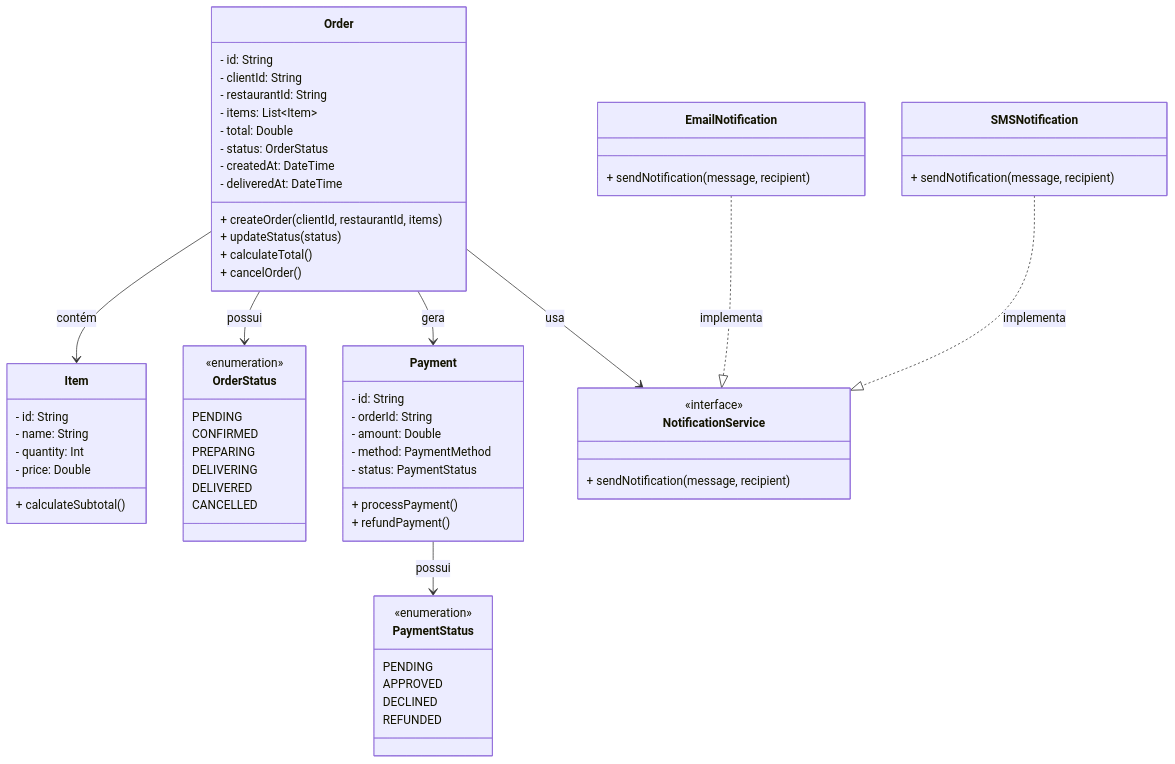
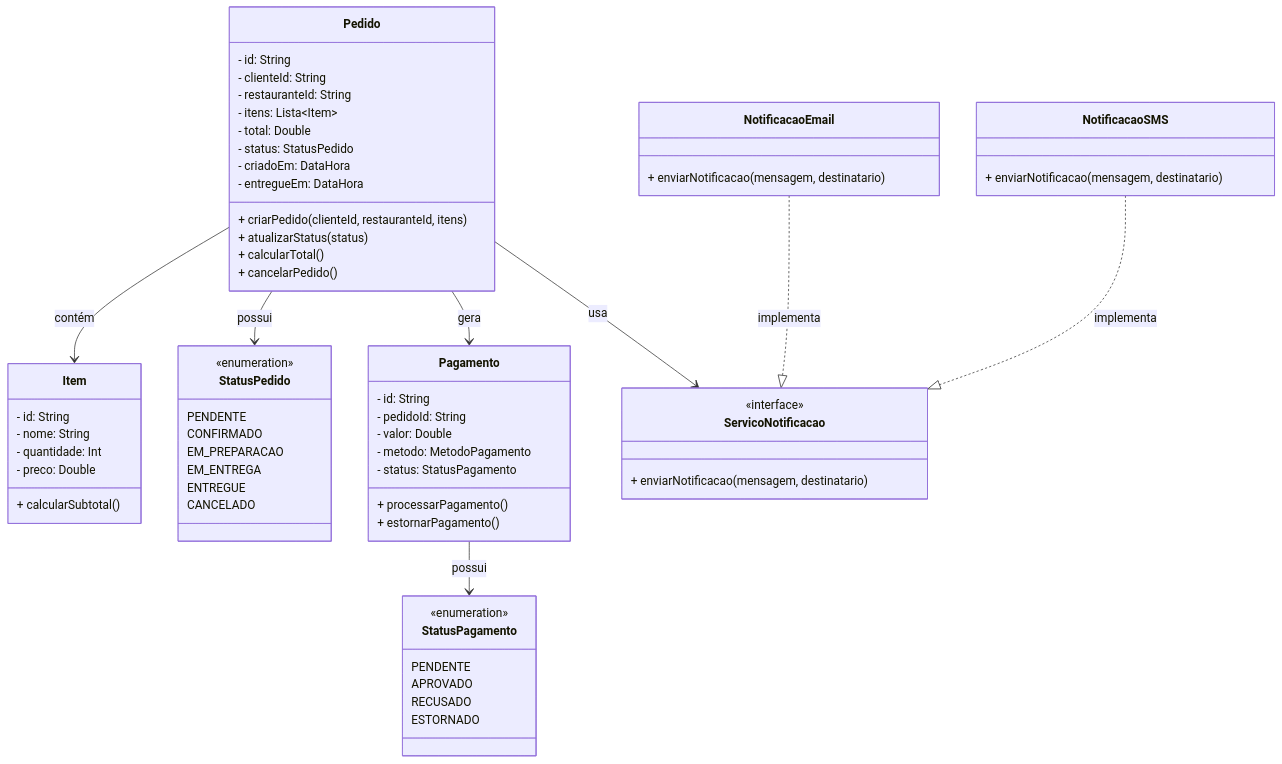
One commit to juuhjuw/Arquitetura-de-Software changed the diagram in aula-02/codico.mmd. Above: the diagram before and after it, drawn with Mermaid.

Commit message:
atualizei

```diff
--- a/aula-02/codico.mmd
+++ b/aula-02/codico.mmd
@@ -1,73 +1,64 @@
-
-classDiagram
-    class Order {
-        - id: String
-        - clientId: String
-        - restaurantId: String
-        - items: List~Item~
-        - total: Double
-        - status: OrderStatus
-        - createdAt: DateTime
-        - deliveredAt: DateTime
-        + createOrder(clientId, restaurantId, items)
-        + updateStatus(status)
-        + calculateTotal()
-        + cancelOrder()
-    }
-
-    class Item {
-        - id: String
-        - name: String
-        - quantity: Int
-        - price: Double
-        + calculateSubtotal()
-    }
-
-    class OrderStatus {
-        <<enumeration>>
-        PENDING
-        CONFIRMED
-        PREPARING
-        DELIVERING
-        DELIVERED
-        CANCELLED
-    }
-
-    class Payment {
-        - id: String
-        - orderId: String
-        - amount: Double
-        - method: PaymentMethod
-        - status: PaymentStatus
-        + processPayment()
-        + refundPayment()
-    }
-
-    class PaymentStatus {
-        <<enumeration>>
-        PENDING
-        APPROVED
-        DECLINED
-        REFUNDED
-    }
-
-    class NotificationService {
-        <<interface>>
-        + sendNotification(message, recipient)
-    }
-
-    class EmailNotification {
-        + sendNotification(message, recipient)
-    }
-
-    class SMSNotification {
-        + sendNotification(message, recipient)
-    }
-
-    Order --> OrderStatus : possui
-    Order --> Item : contém
-    Order --> Payment : gera
-    Payment --> PaymentStatus : possui
-    Order --> NotificationService : usa
-    EmailNotification ..|> NotificationService : implementa
-    SMSNotification ..|> NotificationService : implementa
+   classDiagram
+class Pedido {
+    - id: String
+    - clienteId: String
+    - restauranteId: String
+    - itens: Lista~Item~
+    - total: Double
+    - status: StatusPedido
+    - criadoEm: DataHora
+    - entregueEm: DataHora
+    + criarPedido(clienteId, restauranteId, itens)
+    + atualizarStatus(status)
+    + calcularTotal()
+    + cancelarPedido()
+}
+class Item {
+    - id: String
+    - nome: String
+    - quantidade: Int
+    - preco: Double
+    + calcularSubtotal()
+}
+class StatusPedido {
+    <<enumeration>>
+    PENDENTE
+    CONFIRMADO
+    EM_PREPARACAO
+    EM_ENTREGA
+    ENTREGUE
+    CANCELADO
+}
+class Pagamento {
+    - id: String
+    - pedidoId: String
+    - valor: Double
+    - metodo: MetodoPagamento
+    - status: StatusPagamento
+    + processarPagamento()
+    + estornarPagamento()
+}
+class StatusPagamento {
+    <<enumeration>>
+    PENDENTE
+    APROVADO
+    RECUSADO
+    ESTORNADO
+}
+class ServicoNotificacao {
+    <<interface>>
+    + enviarNotificacao(mensagem, destinatario)
+}
+class NotificacaoEmail {
+    + enviarNotificacao(mensagem, destinatario)
+}
+class NotificacaoSMS {
+    + enviarNotificacao(mensagem, destinatario)
+}
+Pedido --> StatusPedido : possui
+Pedido --> Item : contém
+Pedido --> Pagamento : gera
+Pagamento --> StatusPagamento : possui
+Pedido --> ServicoNotificacao : usa
+NotificacaoEmail ..|> ServicoNotificacao : implementa
+NotificacaoSMS ..|> ServicoNotificacao : implementa
```
